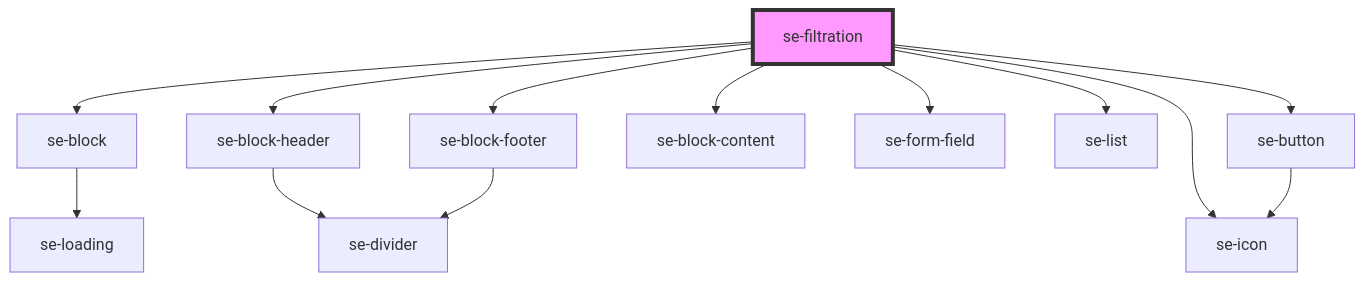
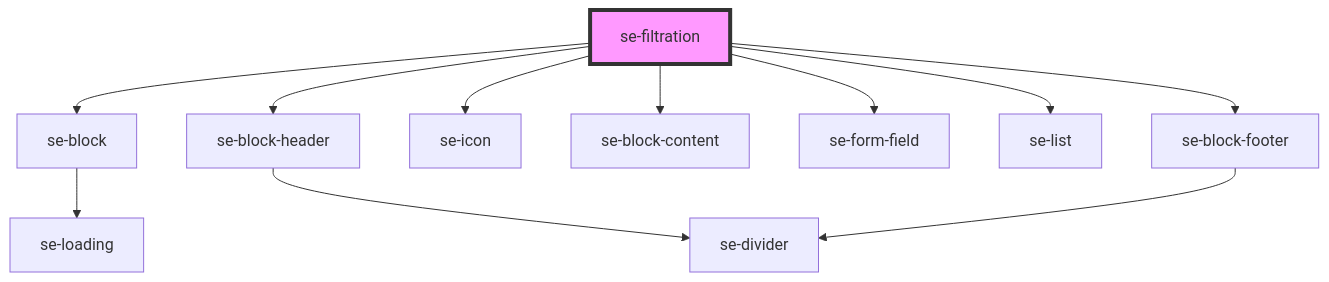
One commit to robbiemcmullense/se-web-ui changed the diagram in libs/core/src/components/filtration/readme.md. Above: the diagram before and after it, drawn with Mermaid. The commit also changed other lines of this file and 8 other files, not shown here.

````diff
--- a/libs/core/src/components/filtration/readme.md
+++ b/libs/core/src/components/filtration/readme.md
@@ -39,16 +41,14 @@
 ```mermaid
 graph TD;
   se-filtration --> se-block
   se-filtration --> se-block-header
-  se-filtration --> se-button
+  se-filtration --> se-icon
   se-filtration --> se-block-content
   se-filtration --> se-form-field
-  se-filtration --> se-icon
   se-filtration --> se-list
   se-filtration --> se-block-footer
   se-block --> se-loading
   se-block-header --> se-divider
-  se-button --> se-icon
   se-block-footer --> se-divider
   style se-filtration fill:#f9f,stroke:#333,stroke-width:4px
 ```
````
